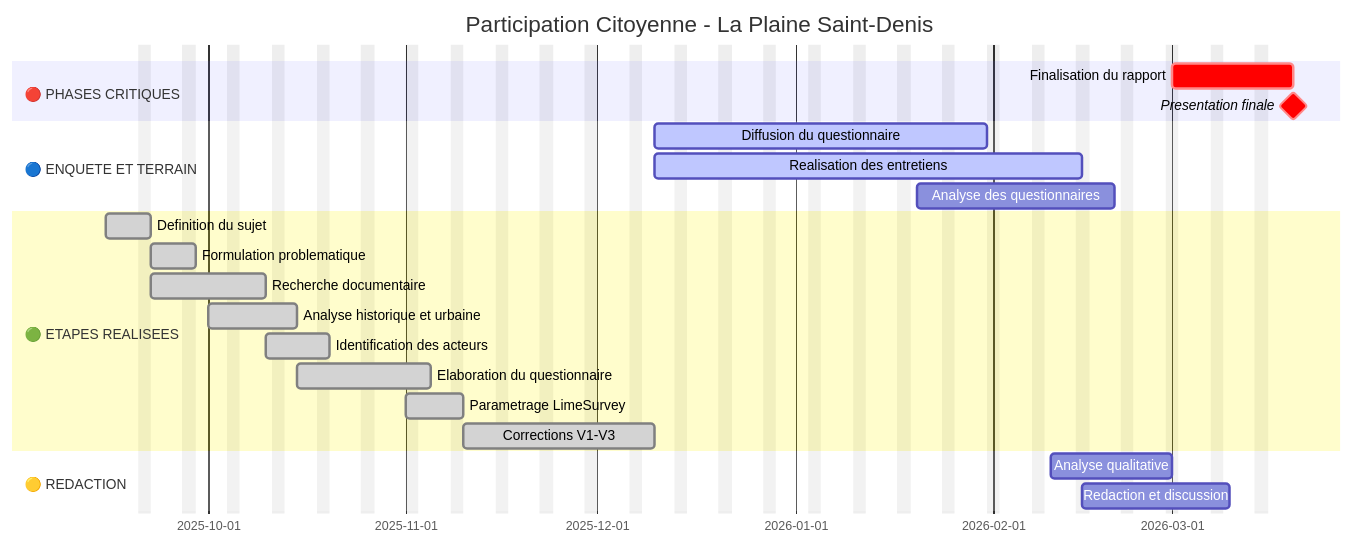
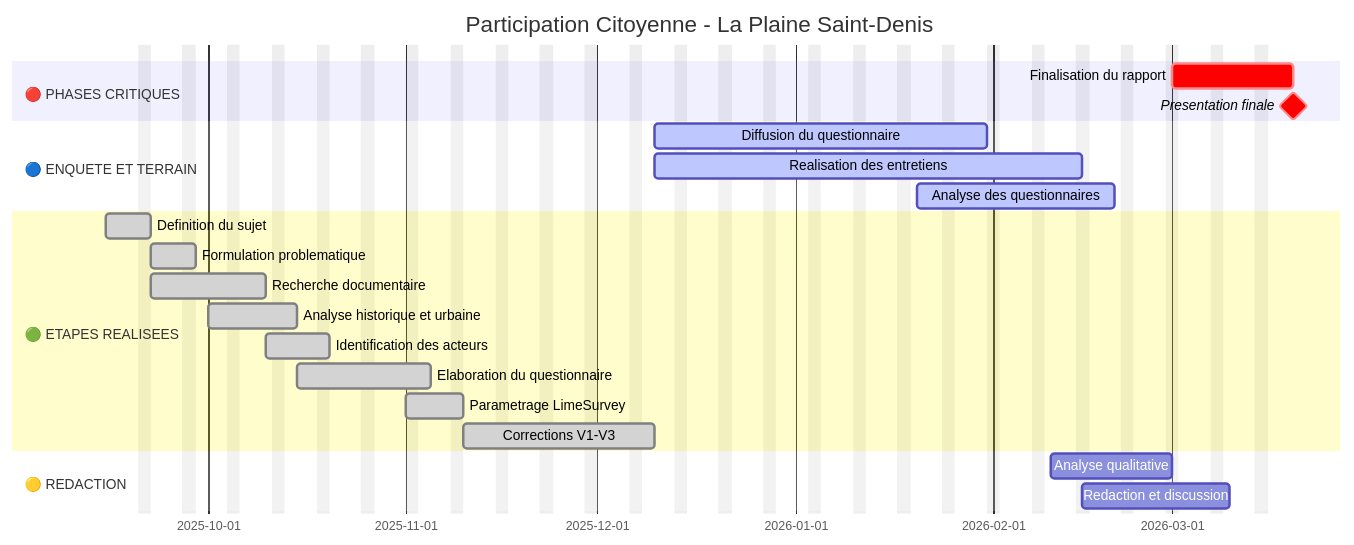
The diagram in etatAvancement.md (kahiarchi/LeBatiment_PlaineSaintDenis), drawn with Mermaid before and after one commit.

Commit message:
Update status of questionnaire analysis to active

````diff
--- a/etatAvancement.md
+++ b/etatAvancement.md
@@ -1,29 +1,29 @@
 ```mermaid
 gantt
     dateFormat  YYYY-MM-DD
     title Participation Citoyenne - La Plaine Saint-Denis
     excludes weekends
 
     section 🔴 PHASES CRITIQUES
     Finalisation du rapport          :crit, t19, 2026-03-01, 2026-03-20
     Presentation finale              :crit, milestone, 2026-03-20, 0d
 
     section 🔵 ENQUETE ET TERRAIN
     Diffusion du questionnaire       :active, t12, 2025-12-10, 2026-01-31
     Realisation des entretiens       :active, t15, 2025-12-10, 2026-02-15
-    Analyse des questionnaires       :t16, 2026-01-20, 2026-02-20
+    Analyse des questionnaires       :active, t16, 2026-01-20, 2026-02-20
 
     section 🟢 ETAPES REALISEES
     Definition du sujet              :done, t1, 2025-09-15, 2025-09-22
     Formulation problematique        :done, t2, 2025-09-22, 2025-09-29
     Recherche documentaire           :done, t3, 2025-09-22, 2025-10-10
     Analyse historique et urbaine    :done, t5, 2025-10-01, 2025-10-15
     Identification des acteurs       :done, t6, 2025-10-10, 2025-10-20
     Elaboration du questionnaire     :done, t7, 2025-10-15, 2025-11-05
     Parametrage LimeSurvey           :done, t8, 2025-11-01, 2025-11-10
     Corrections V1-V3                :done, t9, 2025-11-10, 2025-12-10
 
     section 🟡 REDACTION
     Analyse qualitative              :t17, 2026-02-10, 2026-03-01
     Redaction et discussion          :t18, 2026-02-15, 2026-03-10
 ```
````
